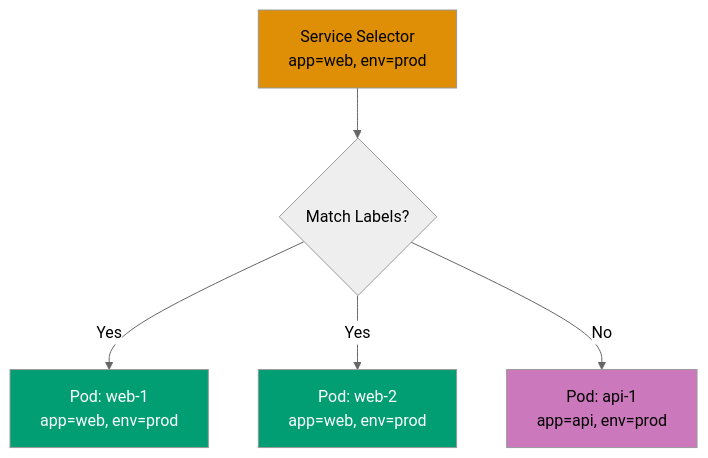
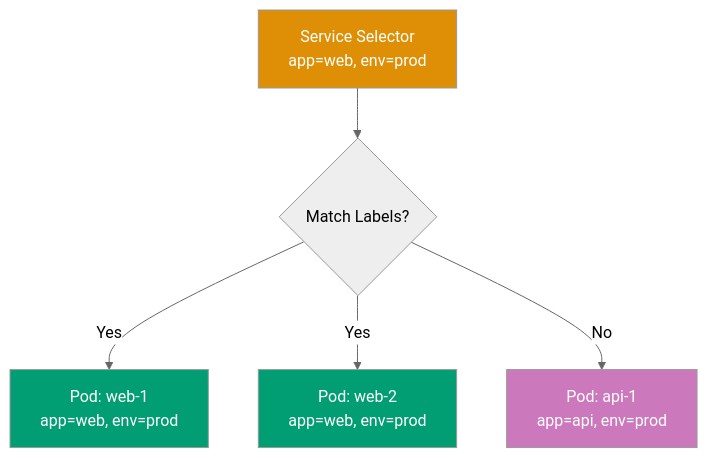
The ninth of 9 diagrams in apps/ayokoding-web/content/en/learn/software-engineering/infrastructure/tools/kubernetes/by-example/beginner.md (wahidyankf/open-sharia-enterprise), drawn with Mermaid (neutral theme) before and after one commit. The commit also changed other lines of this file and 61 other files, not shown here.

First line of the commit message:
fix(ayokoding-web): quote Mermaid node labels with special characters in Example 63

````diff
--- a/apps/ayokoding-web/content/en/learn/software-engineering/infrastructure/tools/kubernetes/by-example/beginner.md
+++ b/apps/ayokoding-web/content/en/learn/software-engineering/infrastructure/tools/kubernetes/by-example/beginner.md
@@ -1731,13 +1731,13 @@
 ```mermaid
 %% Label selector matching
 graph TD
     A[Service Selector<br/>app=web, env=prod] --> B{Match Labels?}
     B -->|Yes| C[Pod: web-1<br/>app=web, env=prod]
     B -->|Yes| D[Pod: web-2<br/>app=web, env=prod]
     B -->|No| E[Pod: api-1<br/>app=api, env=prod]
 
-    style A fill:#DE8F05,color:#000
+    style A fill:#DE8F05,color:#fff
     style C fill:#029E73,color:#fff
     style D fill:#029E73,color:#fff
-    style E fill:#CC78BC,color:#000
+    style E fill:#CC78BC,color:#fff
 ```
````
